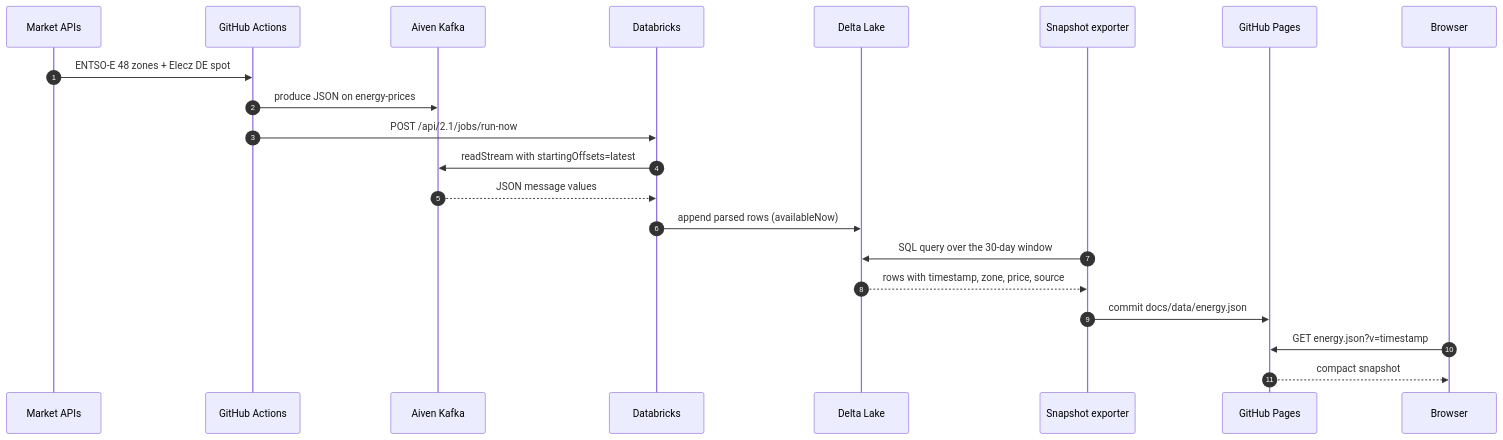
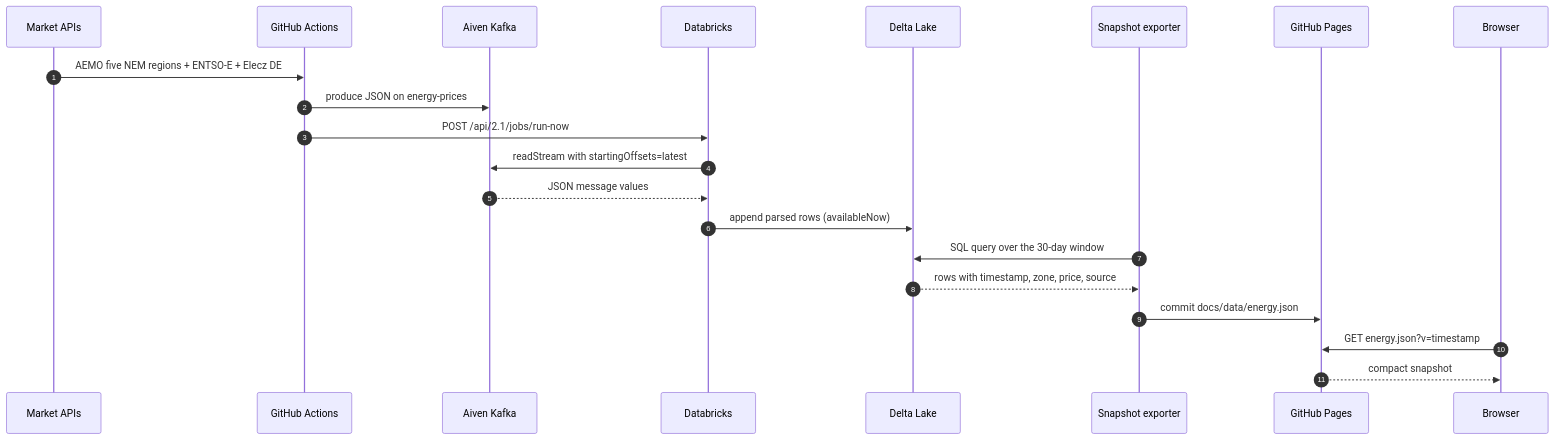
The second of 3 diagrams in README.md (mdsarfarazalam840/Energy-realtime), drawn with Mermaid before and after one commit. The commit also changed other lines of this file and 24 other files, not shown here.

First line of the commit message:
feat: replace WattLayer with public AEMO NEM dispatch feed

````diff
--- a/README.md
+++ b/README.md
@@ -197,24 +201,24 @@
 ```mermaid
 sequenceDiagram
   autonumber
   participant SRC as Market APIs
   participant GH as GitHub Actions
   participant K as Aiven Kafka
   participant DBX as Databricks
   participant DLT as Delta Lake
   participant EXP as Snapshot exporter
   participant PGS as GitHub Pages
   participant UI as Browser
 
-  SRC->>GH: ENTSO-E 48 zones + Elecz DE spot
+  SRC->>GH: AEMO five NEM regions + ENTSO-E + Elecz DE
   GH->>K: produce JSON on energy-prices
   GH->>DBX: POST /api/2.1/jobs/run-now
   DBX->>K: readStream with startingOffsets=latest
   K-->>DBX: JSON message values
   DBX->>DLT: append parsed rows (availableNow)
   EXP->>DLT: SQL query over the 30-day window
   DLT-->>EXP: rows with timestamp, zone, price, source
   EXP->>PGS: commit docs/data/energy.json
   UI->>PGS: GET energy.json?v=timestamp
   PGS-->>UI: compact snapshot
 ```
````
